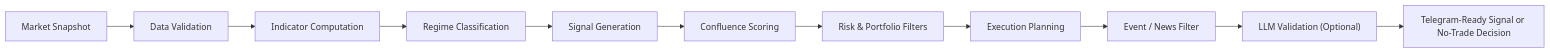
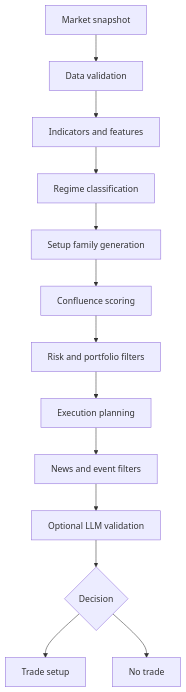
The first of 3 diagrams in README.md (miladtm94/Algorithmic-Trading-Engine), drawn with Mermaid before and after one commit. The commit also changed other lines of this file and 10 other files, not shown here.

````diff
--- a/README.md
+++ b/README.md
@@ -54,13 +70,15 @@
 ```mermaid
-flowchart LR
-    A["Market Snapshot"] --> B["Data Validation"]
-    B --> C["Indicator Computation"]
-    C --> D["Regime Classification"]
-    D --> E["Signal Generation"]
-    E --> F["Confluence Scoring"]
-    F --> G["Risk & Portfolio Filters"]
-    G --> H["Execution Planning"]
-    H --> I["Event / News Filter"]
-    I --> J["LLM Validation (Optional)"]
-    J --> K["Telegram-Ready Signal or No-Trade Decision"]
+flowchart TD
+    A[Market snapshot] --> B[Data validation]
+    B --> C[Indicators and features]
+    C --> D[Regime classification]
+    D --> E[Setup family generation]
+    E --> F[Confluence scoring]
+    F --> G[Risk and portfolio filters]
+    G --> H[Execution planning]
+    H --> I[News and event filters]
+    I --> J[Optional LLM validation]
+    J --> K{Decision}
+    K --> L[Trade setup]
+    K --> M[No trade]
 ```
````
